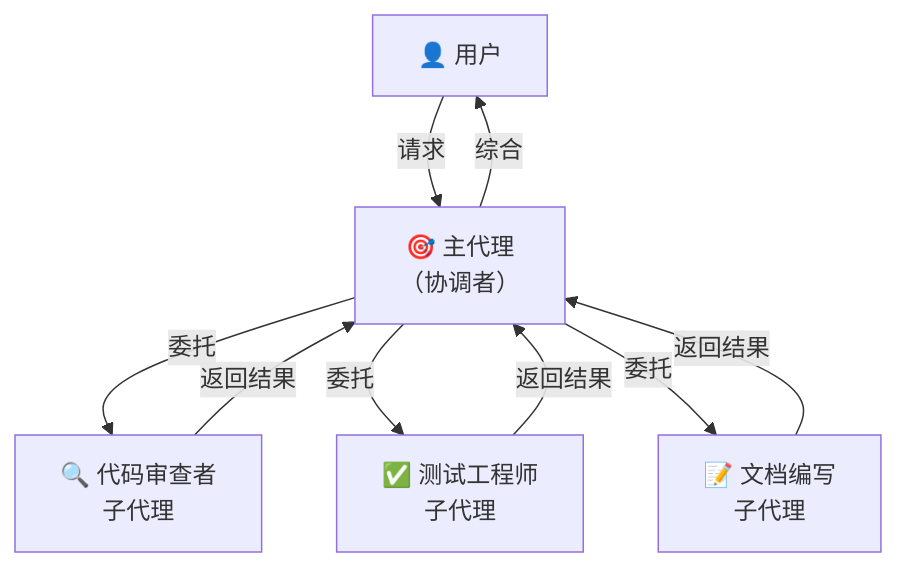
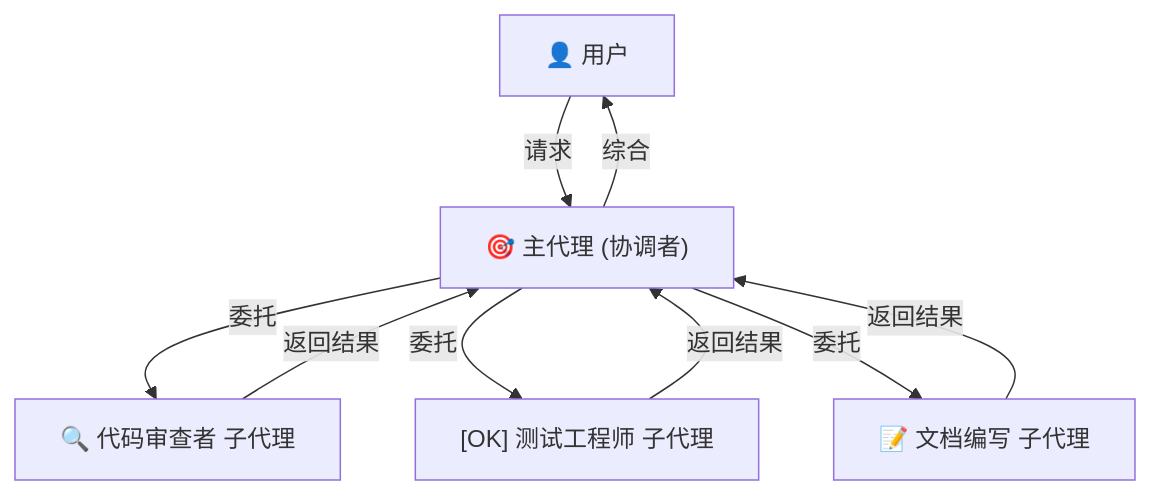
Before and after one commit to Rx782-Fss/claude-howto-zh: the fourth of 31 diagrams in claude_concepts_guide.md, drawn with Mermaid. The commit also changed other lines of this file and 5 other files, not shown here.

Commit message:
fix: Mermaid 内全角括号/问号/emoji/<br/> 改为半角ASCII避免 GitHub 渲染失败

````diff
--- a/claude_concepts_guide.md
+++ b/claude_concepts_guide.md
@@ -222,17 +222,17 @@
 ```mermaid
 graph TB
     User["👤 用户"]
-    Main["🎯 主代理<br/>（协调者）"]
-    Reviewer["🔍 代码审查者<br/>子代理"]
-    Tester["✅ 测试工程师<br/>子代理"]
-    Docs["📝 文档编写<br/>子代理"]
+    Main["🎯 主代理 (协调者)"]
+    Reviewer["🔍 代码审查者 子代理"]
+    Tester["[OK] 测试工程师 子代理"]
+    Docs["📝 文档编写 子代理"]
 
     User -->|请求| Main
     Main -->|委托| Reviewer
     Main -->|委托| Tester
     Main -->|委托| Docs
     Reviewer -->|返回结果| Main
     Tester -->|返回结果| Main
     Docs -->|返回结果| Main
     Main -->|综合| User
 ```
````
